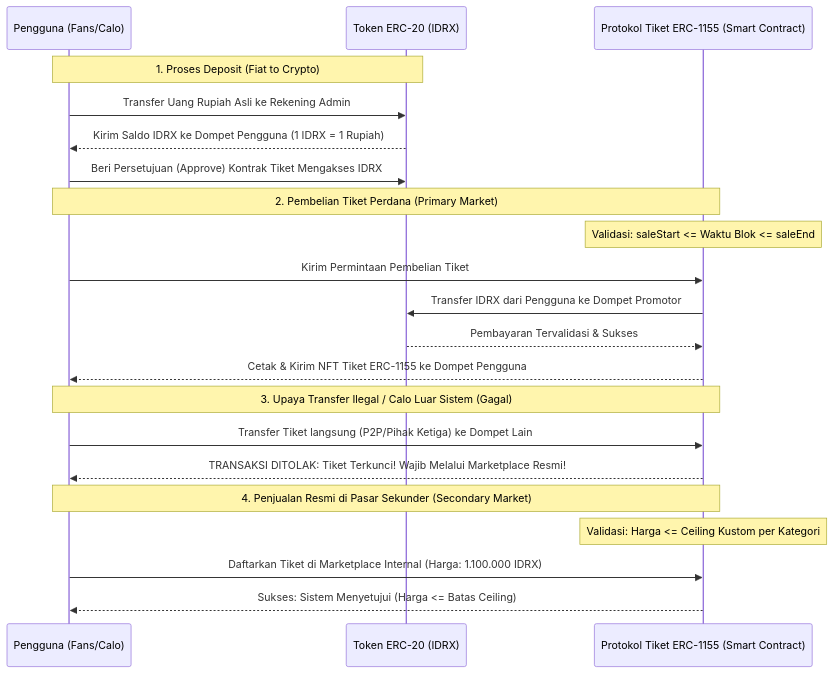
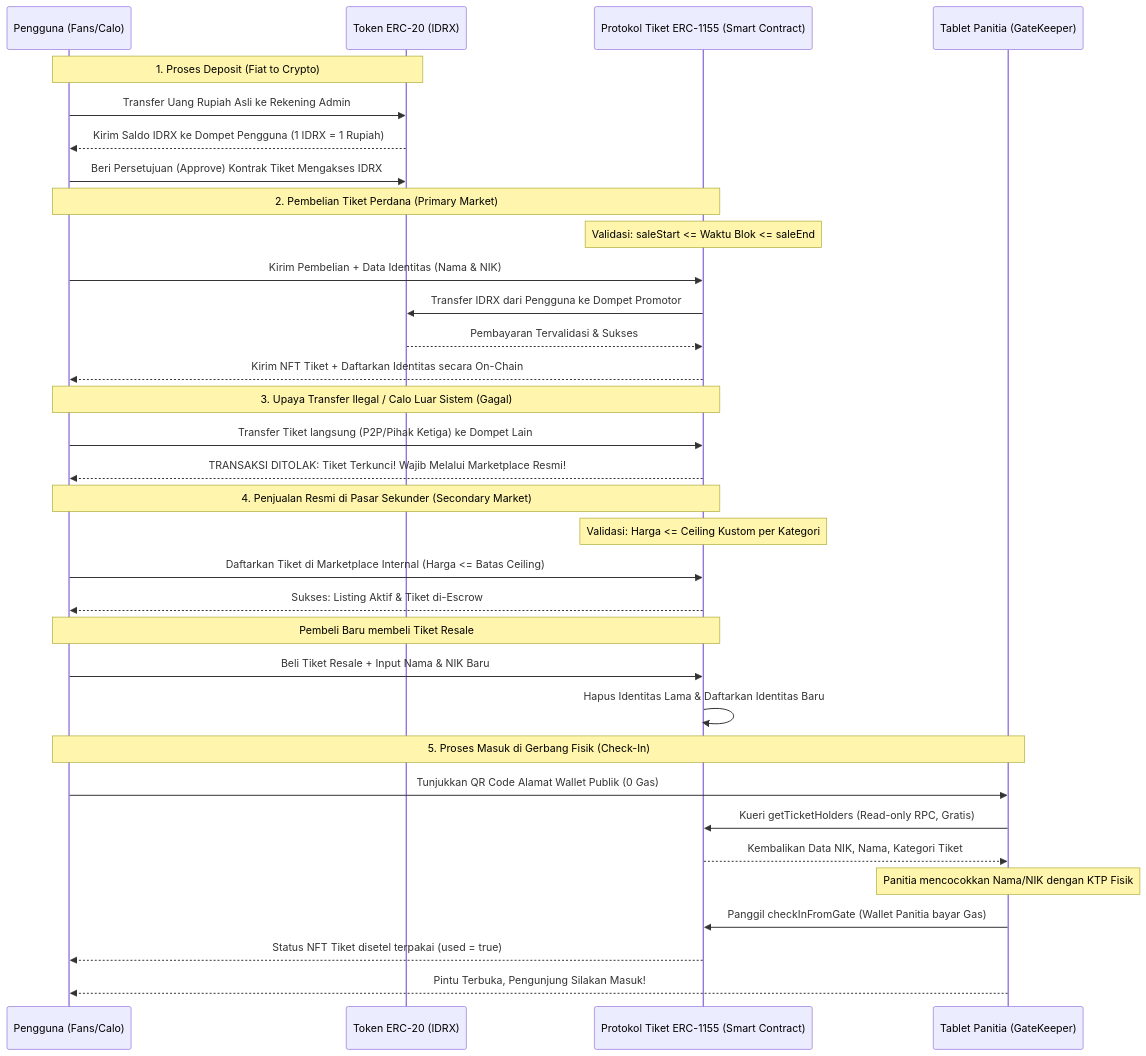
The diagram in proposal_lengkap.md (kikiexe/Billet), drawn with Mermaid before and after one commit. The commit also changed other lines of this file and 4 other files, not shown here.

Commit message:
docs: integrate Ponder indexer into architecture and add InsufficientAllowance error handling to frontend

````diff
--- a/proposal_lengkap.md
+++ b/proposal_lengkap.md
@@ -47,27 +48,40 @@
 ```mermaid
 sequenceDiagram
     participant P as Pengguna (Fans/Calo)
     participant IDRX as Token ERC-20 (IDRX)
     participant Tiket as Protokol Tiket ERC-1155 (Smart Contract)
+    participant Gate as Tablet Panitia (GateKeeper)
     
     Note over P, IDRX: 1. Proses Deposit (Fiat to Crypto)
     P->>IDRX: Transfer Uang Rupiah Asli ke Rekening Admin
     IDRX-->>P: Kirim Saldo IDRX ke Dompet Pengguna (1 IDRX = 1 Rupiah)
     P->>IDRX: Beri Persetujuan (Approve) Kontrak Tiket Mengakses IDRX
     
     Note over P, Tiket: 2. Pembelian Tiket Perdana (Primary Market)
     Note over Tiket: Validasi: saleStart <= Waktu Blok <= saleEnd
-    P->>Tiket: Kirim Permintaan Pembelian Tiket
+    P->>Tiket: Kirim Pembelian + Data Identitas (Nama & NIK)
     Tiket->>IDRX: Transfer IDRX dari Pengguna ke Dompet Promotor
     IDRX-->>Tiket: Pembayaran Tervalidasi & Sukses
-    Tiket-->>P: Cetak & Kirim NFT Tiket ERC-1155 ke Dompet Pengguna
+    Tiket-->>P: Kirim NFT Tiket + Daftarkan Identitas secara On-Chain
     
     Note over P, Tiket: 3. Upaya Transfer Ilegal / Calo Luar Sistem (Gagal)
     P->>Tiket: Transfer Tiket langsung (P2P/Pihak Ketiga) ke Dompet Lain
     Tiket-->>P: TRANSAKSI DITOLAK: Tiket Terkunci! Wajib Melalui Marketplace Resmi!
     
     Note over P, Tiket: 4. Penjualan Resmi di Pasar Sekunder (Secondary Market)
     Note over Tiket: Validasi: Harga <= Ceiling Kustom per Kategori
-    P->>Tiket: Daftarkan Tiket di Marketplace Internal (Harga: 1.100.000 IDRX)
-    Tiket-->>P: Sukses: Sistem Menyetujui (Harga <= Batas Ceiling)
+    P->>Tiket: Daftarkan Tiket di Marketplace Internal (Harga <= Batas Ceiling)
+    Tiket-->>P: Sukses: Listing Aktif & Tiket di-Escrow
+    Note over P, Tiket: Pembeli Baru membeli Tiket Resale
+    P->>Tiket: Beli Tiket Resale + Input Nama & NIK Baru
+    Tiket->>Tiket: Hapus Identitas Lama & Daftarkan Identitas Baru
+    
+    Note over P, Gate: 5. Proses Masuk di Gerbang Fisik (Check-In)
+    P->>Gate: Tunjukkan QR Code Alamat Wallet Publik (0 Gas)
+    Gate->>Tiket: Kueri getTicketHolders (Read-only RPC, Gratis)
+    Tiket-->>Gate: Kembalikan Data NIK, Nama, Kategori Tiket
+    Note over Gate: Panitia mencocokkan Nama/NIK dengan KTP Fisik
+    Gate->>Tiket: Panggil checkInFromGate (Wallet Panitia bayar Gas)
+    Tiket-->>P: Status NFT Tiket disetel terpakai (used = true)
+    Gate-->>P: Pintu Terbuka, Pengunjung Silakan Masuk!
 ```
````
